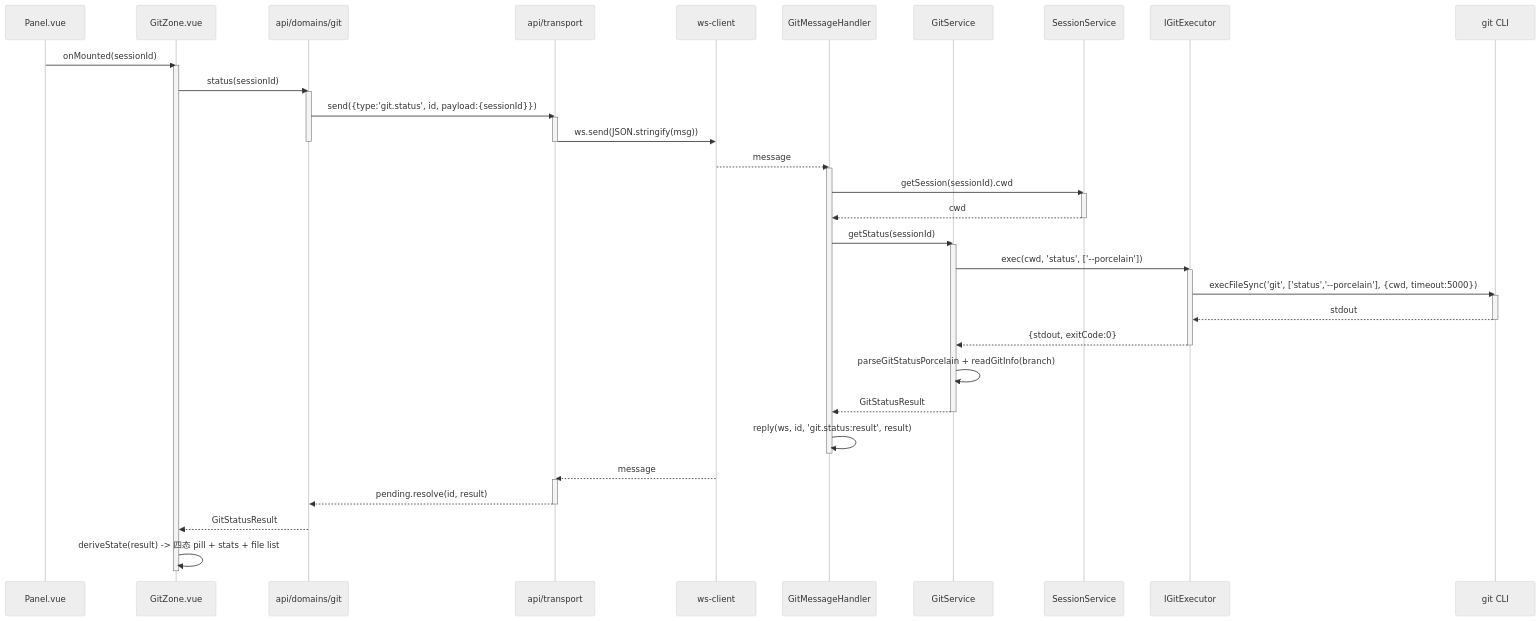
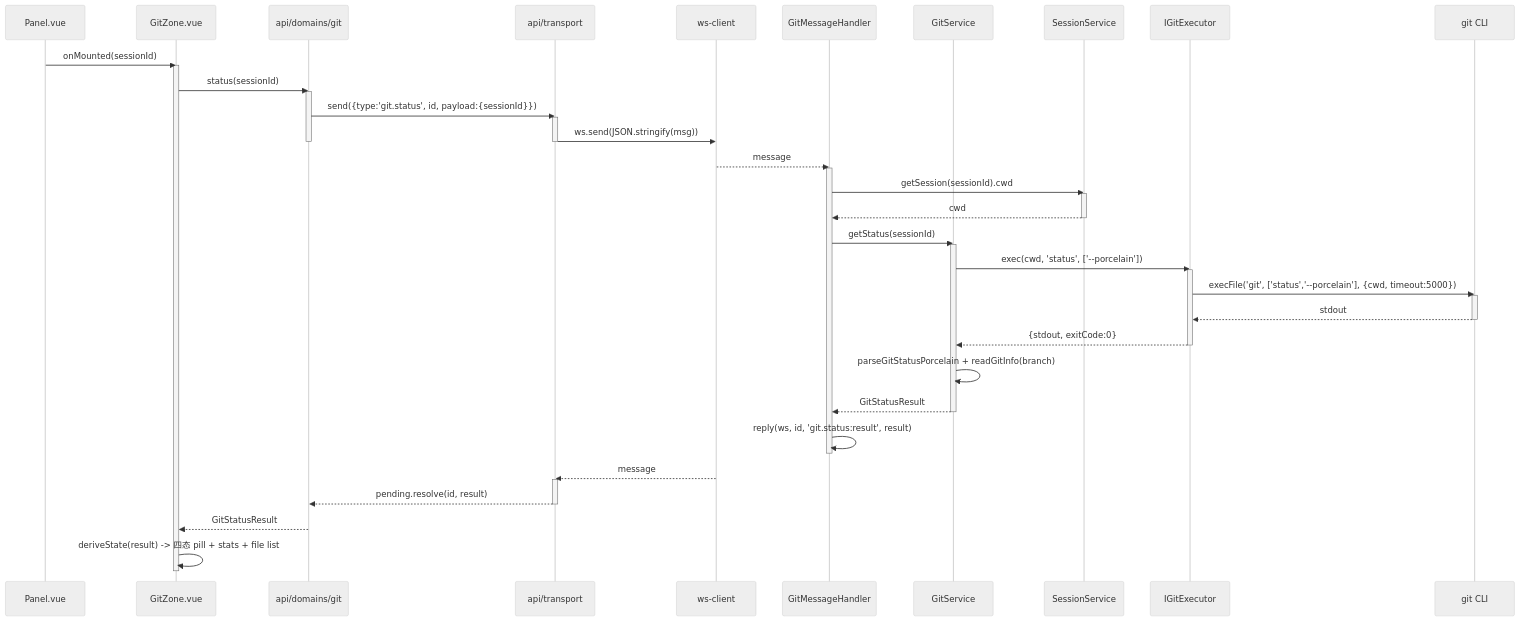
One commit to zhushanwen321/xyz-agent changed the second of 17 diagrams in .xyz-harness/2026-06-23-render-runtime-integration/code-architecture.md. Above: the diagram before and after it, drawn with Mermaid (neutral theme). The commit also changed other lines of this file and 9 other files, not shown here.

````diff
--- a/.xyz-harness/2026-06-23-render-runtime-integration/code-architecture.md
+++ b/.xyz-harness/2026-06-23-render-runtime-integration/code-architecture.md
@@ -358,53 +358,53 @@
 ```mermaid
 sequenceDiagram
     participant P as Panel.vue
     participant GZ as GitZone.vue
     participant GD as api/domains/git
     participant T as api/transport
     participant WS as ws-client
     participant GH as GitMessageHandler
     participant GS as GitService
     participant SS as SessionService
     participant GE as IGitExecutor
     participant Git as git CLI
 
     P->>GZ: onMounted(sessionId)
     activate GZ
     GZ->>GD: status(sessionId)
     activate GD
     GD->>T: send({type:'git.status', id, payload:{sessionId}})
     activate T
     T->>WS: ws.send(JSON.stringify(msg))
     deactivate T
     deactivate GD
 
     WS-->>GH: message
     activate GH
     GH->>SS: getSession(sessionId).cwd
     activate SS
     SS-->>GH: cwd
     deactivate SS
     GH->>GS: getStatus(sessionId)
     activate GS
     GS->>GE: exec(cwd, 'status', ['--porcelain'])
     activate GE
-    GE->>Git: execFileSync('git', ['status','--porcelain'], {cwd, timeout:5000})
+    GE->>Git: execFile('git', ['status','--porcelain'], {cwd, timeout:5000})
     activate Git
     Git-->>GE: stdout
     deactivate Git
     GE-->>GS: {stdout, exitCode:0}
     deactivate GE
     GS->>GS: parseGitStatusPorcelain + readGitInfo(branch)
     GS-->>GH: GitStatusResult
     deactivate GS
     GH->>GH: reply(ws, id, 'git.status:result', result)
     deactivate GH
 
     WS-->>T: message
     activate T
     T-->>GD: pending.resolve(id, result)
     deactivate T
     GD-->>GZ: GitStatusResult
     GZ->>GZ: deriveState(result) -> 四态 pill + stats + file list
     deactivate GZ
 ```
````
